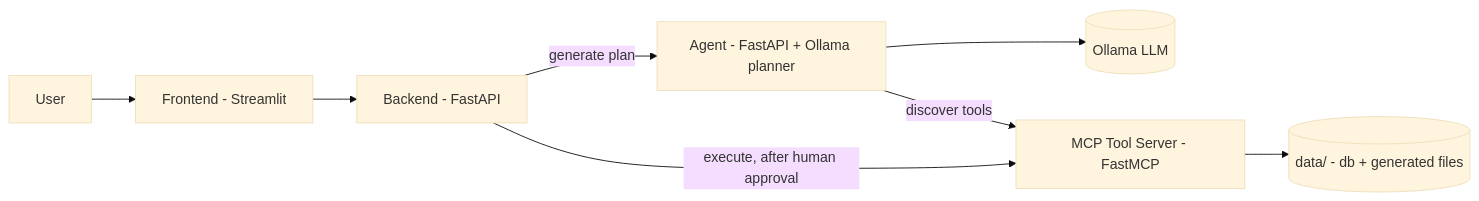
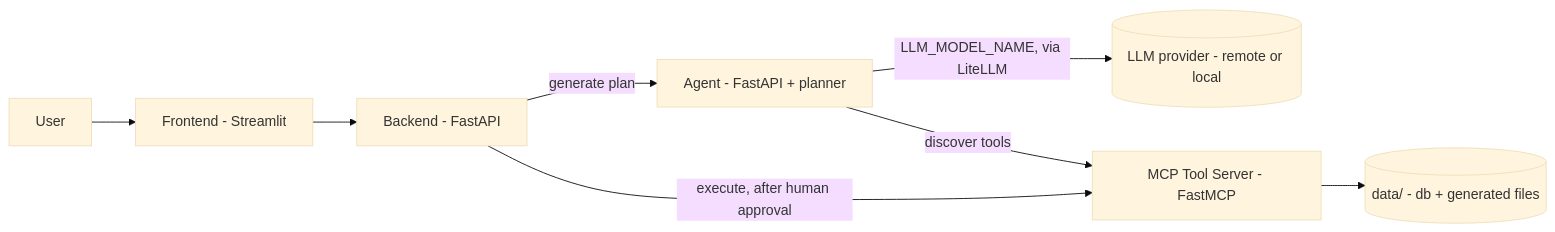
Before and after one commit to llacote-holberton/holberton-onboard-agent: the diagram in README.md, drawn with Mermaid (base theme). The commit also changed other lines of this file and 10 other files, not shown here.

````diff
--- a/README.md
+++ b/README.md
@@ -318,10 +353,10 @@
 ```mermaid
 flowchart LR
     U[User] --> FE[Frontend - Streamlit]
     FE --> BE[Backend - FastAPI]
-    BE -->|generate plan| AG[Agent - FastAPI + Ollama planner]
-    AG --> OL[(Ollama LLM)]
+    BE -->|generate plan| AG[Agent - FastAPI + planner]
+    AG -->|LLM_MODEL_NAME, via LiteLLM| LLM[(LLM provider - remote or local)]
     AG -->|discover tools| MCP[MCP Tool Server - FastMCP]
     BE -->|execute, after human approval| MCP
     MCP --> DATA[(data/ - db + generated files)]
 ```
````
